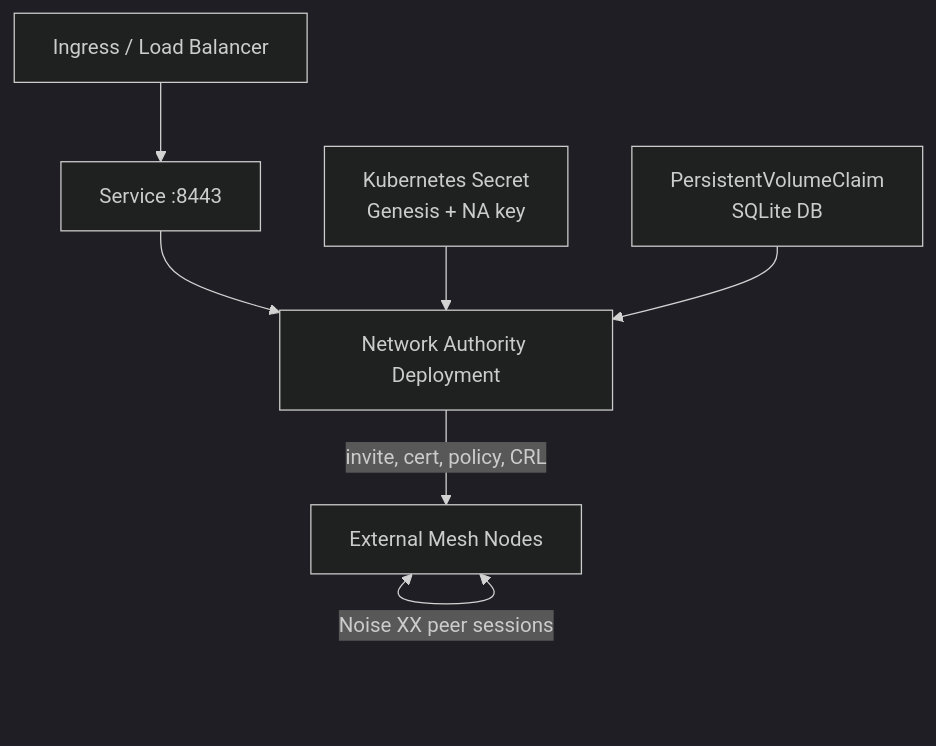
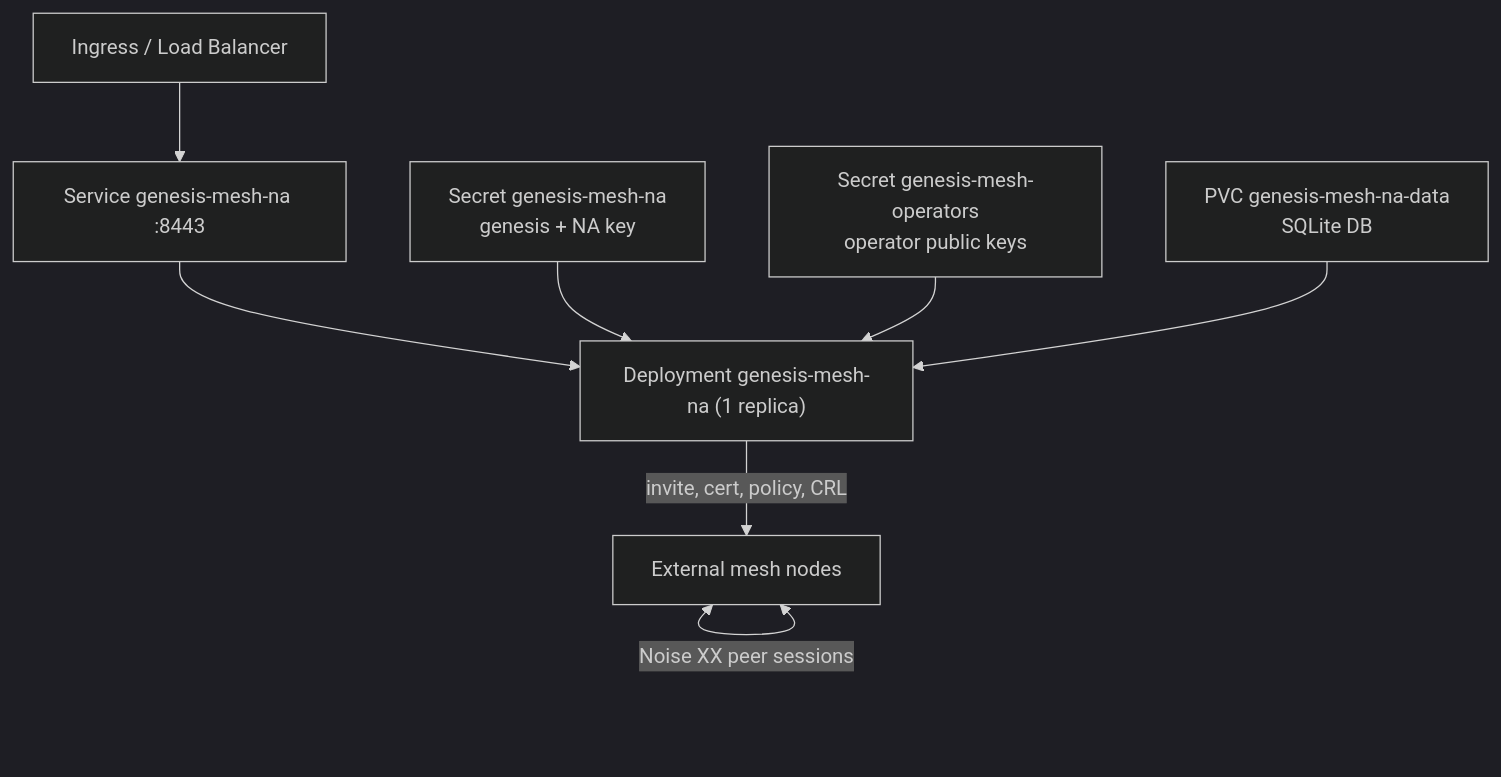
One commit to GenesisMeshLabs/genesismesh changed the diagram in docs/operations/kubernetes-deployment.md. Above: the diagram before and after it, drawn with Mermaid (dark theme). The commit also changed other lines of this file and 10 other files, not shown here.

Commit message:
feat: add Kubernetes deployment manifests and example README for Genesis Mesh

````diff
--- a/docs/operations/kubernetes-deployment.md
+++ b/docs/operations/kubernetes-deployment.md
@@ -11,16 +14,18 @@
 ```{mermaid}
 flowchart TB
     ingress["Ingress / Load Balancer"]
-    svc["Service :8443"]
-    deploy["Network Authority Deployment"]
-    secret["Kubernetes Secret<br/>Genesis + NA key"]
-    pvc["PersistentVolumeClaim<br/>SQLite DB"]
-    nodes["External Mesh Nodes"]
+    svc["Service genesis-mesh-na :8443"]
+    deploy["Deployment genesis-mesh-na (1 replica)"]
+    secret["Secret genesis-mesh-na<br/>genesis + NA key"]
+    opsec["Secret genesis-mesh-operators<br/>operator public keys"]
+    pvc["PVC genesis-mesh-na-data<br/>SQLite DB"]
+    nodes["External mesh nodes"]
 
     ingress --> svc
     svc --> deploy
     secret --> deploy
+    opsec --> deploy
     pvc --> deploy
     deploy -->|invite, cert, policy, CRL| nodes
     nodes <-->|Noise XX peer sessions| nodes
 ```
````
